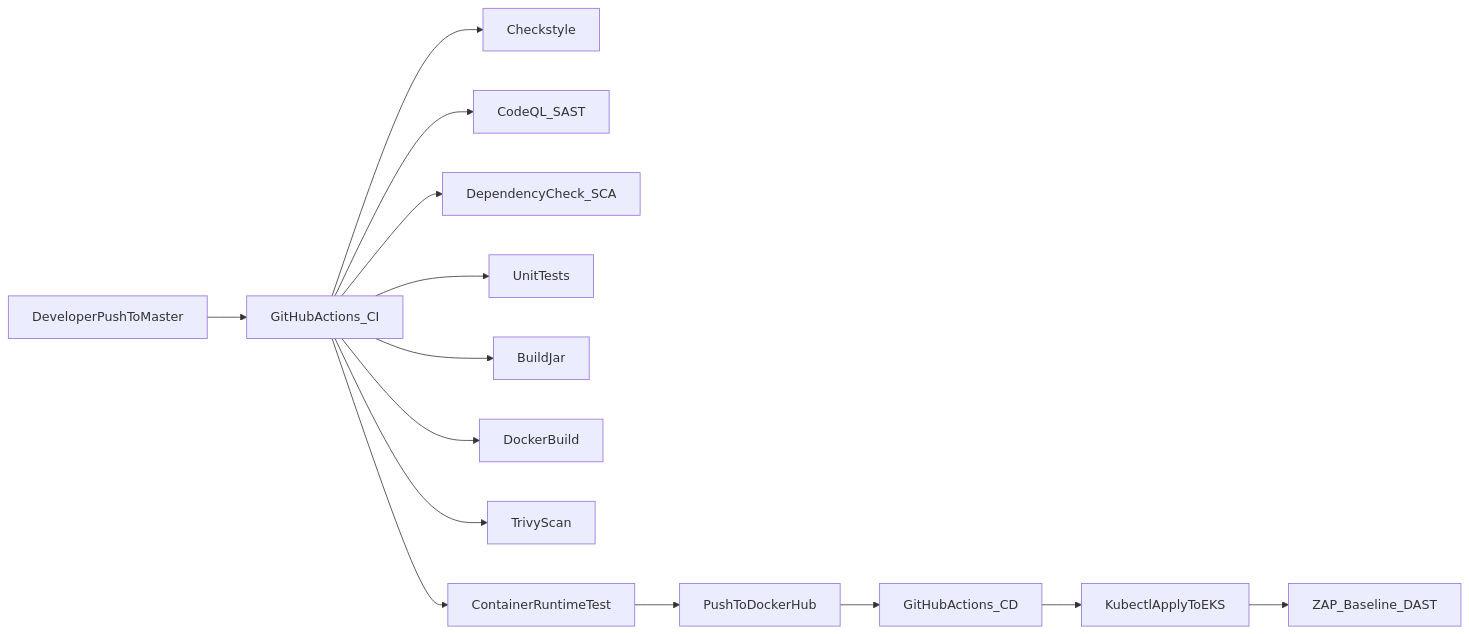
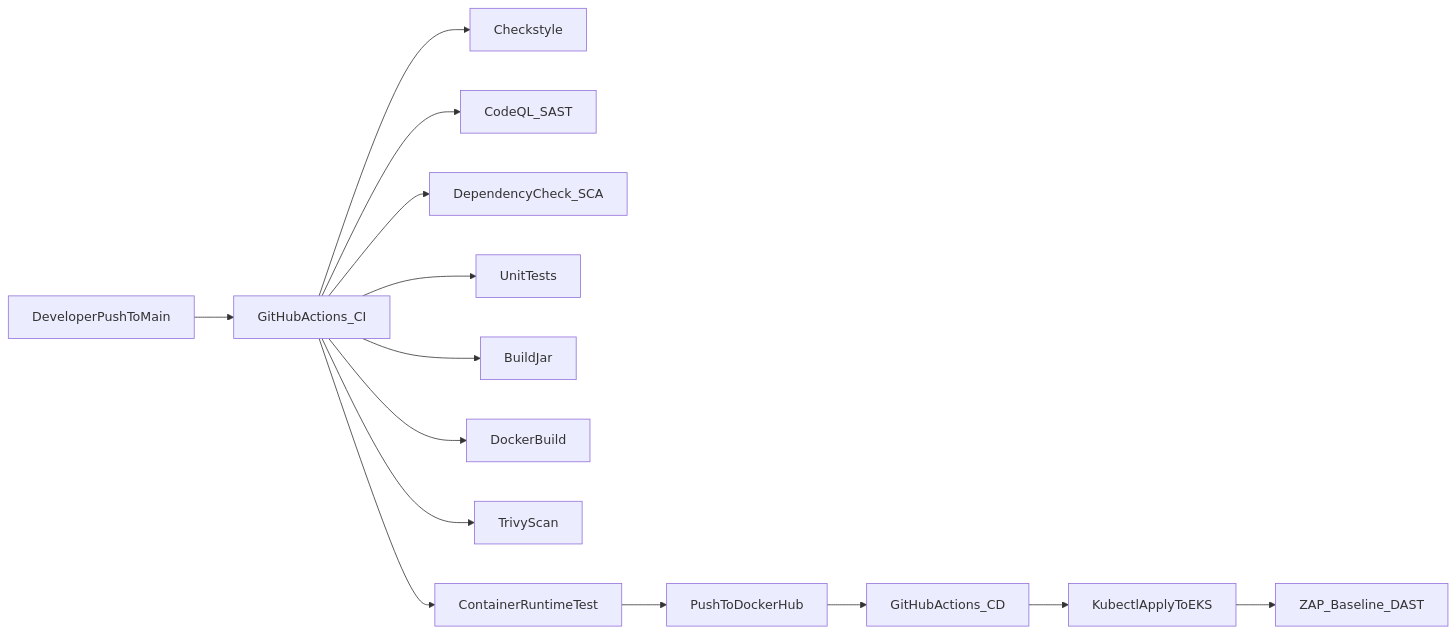
Before and after one commit to MrPhenomenal3110/basic-springboot-app: the diagram in README.md, drawn with Mermaid. The commit also changed other lines of this file and 1 other file, not shown here.

````diff
--- a/README.md
+++ b/README.md
@@ -84,16 +84,16 @@
 ```mermaid
 flowchart LR
-  devPush[DeveloperPushToMaster] --> ci[GitHubActions_CI]
+  devPush[DeveloperPushToMain] --> ci[GitHubActions_CI]
   ci --> lint[Checkstyle]
   ci --> sast[CodeQL_SAST]
   ci --> sca[DependencyCheck_SCA]
   ci --> tests[UnitTests]
   ci --> buildJar[BuildJar]
   ci --> buildImg[DockerBuild]
   ci --> scanImg[TrivyScan]
   ci --> runTest[ContainerRuntimeTest]
   runTest --> pushImg[PushToDockerHub]
   pushImg --> cd[GitHubActions_CD]
   cd --> eksDeploy[KubectlApplyToEKS]
   eksDeploy --> dast[ZAP_Baseline_DAST]
 ```
````
